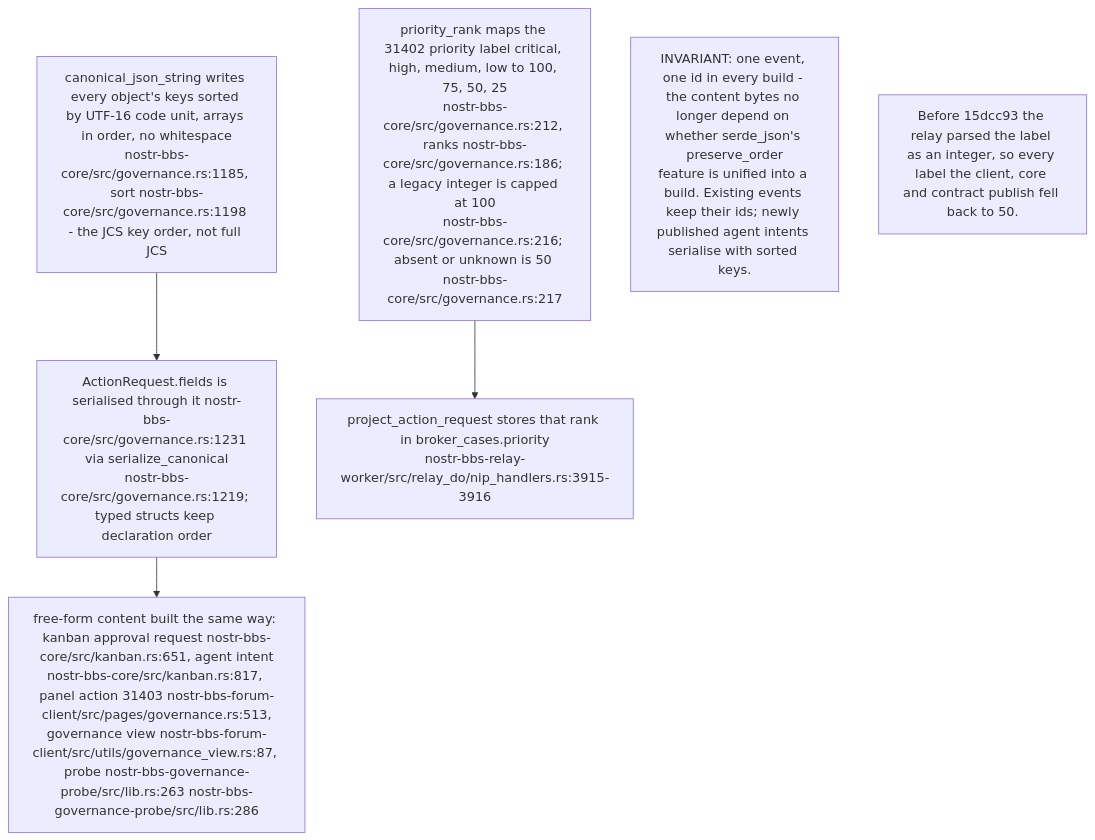
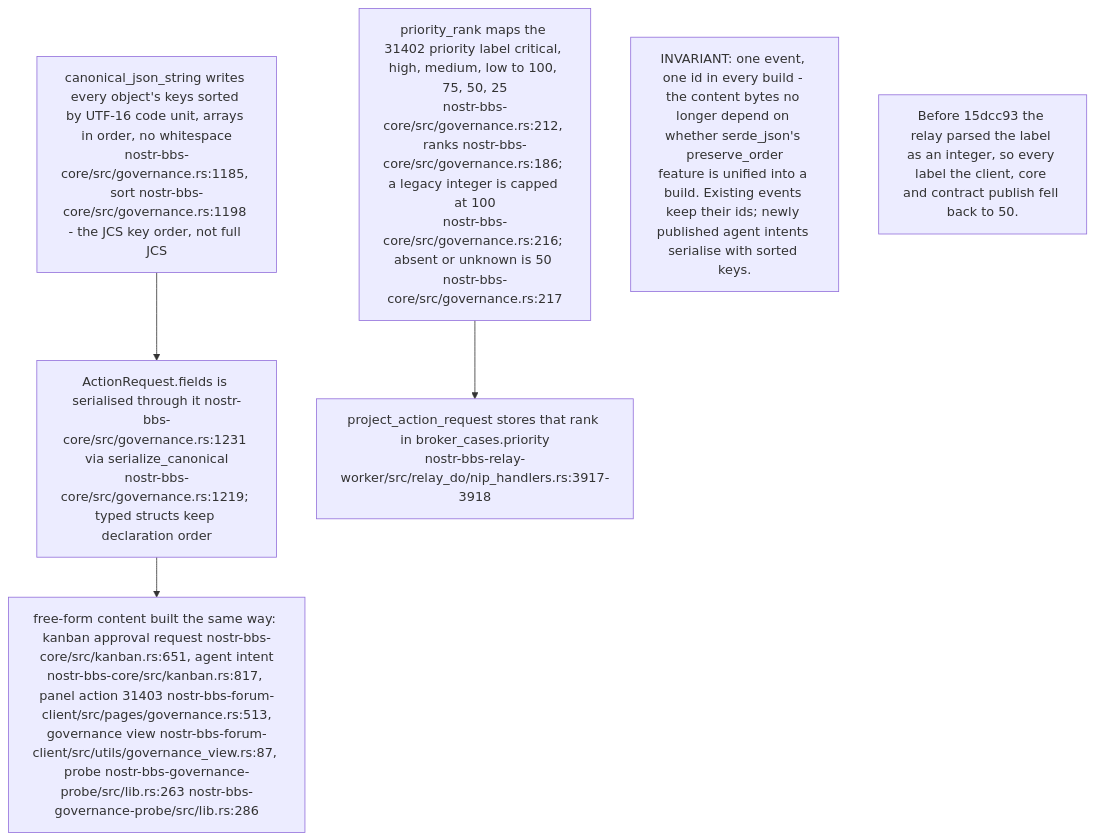
Diagram 18 of 18 in docs/diagrams/nostr-rust-forum/06-agent-control-surface-31400-31405.md (DreamLab-AI/VisionFlow), drawn with Mermaid before and after one commit. The commit also changed other lines of this file and 11 other files, not shown here.

````diff
--- a/docs/diagrams/nostr-rust-forum/06-agent-control-surface-31400-31405.md
+++ b/docs/diagrams/nostr-rust-forum/06-agent-control-surface-31400-31405.md
@@ -502,14 +502,14 @@
 ```mermaid
 flowchart TB
     CANON["canonical_json_string writes every object's keys sorted by UTF-16 code unit, arrays in order, no whitespace<br/>nostr-bbs-core/src/governance.rs:1185, sort nostr-bbs-core/src/governance.rs:1198 - the JCS key order, not full JCS"]
     FIELDS["ActionRequest.fields is serialised through it nostr-bbs-core/src/governance.rs:1231 via serialize_canonical<br/>nostr-bbs-core/src/governance.rs:1219; typed structs keep declaration order"]
     USERS["free-form content built the same way: kanban approval request nostr-bbs-core/src/kanban.rs:651, agent intent<br/>nostr-bbs-core/src/kanban.rs:817, panel action 31403 nostr-bbs-forum-client/src/pages/governance.rs:513,<br/>governance view nostr-bbs-forum-client/src/utils/governance_view.rs:87, probe nostr-bbs-governance-probe/src/lib.rs:263 nostr-bbs-governance-probe/src/lib.rs:286"]
     RANK["priority_rank maps the 31402 priority label critical, high, medium, low to 100, 75, 50, 25<br/>nostr-bbs-core/src/governance.rs:212, ranks nostr-bbs-core/src/governance.rs:186; a legacy integer is capped at 100<br/>nostr-bbs-core/src/governance.rs:216; absent or unknown is 50 nostr-bbs-core/src/governance.rs:217"]
-    STORE["project_action_request stores that rank in broker_cases.priority<br/>nostr-bbs-relay-worker/src/relay_do/nip_handlers.rs:3915-3916"]
+    STORE["project_action_request stores that rank in broker_cases.priority<br/>nostr-bbs-relay-worker/src/relay_do/nip_handlers.rs:3917-3918"]
 
     CANON --> FIELDS --> USERS
     RANK --> STORE
 
     N1["INVARIANT: one event, one id in every build - the content bytes no longer depend on whether serde_json's preserve_order<br/>feature is unified into a build. Existing events keep their ids; newly published agent intents serialise with sorted keys."]
     N2["Before 15dcc93 the relay parsed the label as an integer, so every label the client, core and contract publish fell back to 50."]
 ```
````
